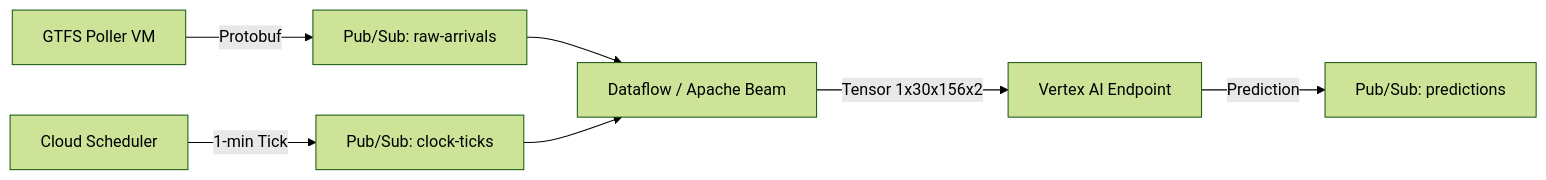
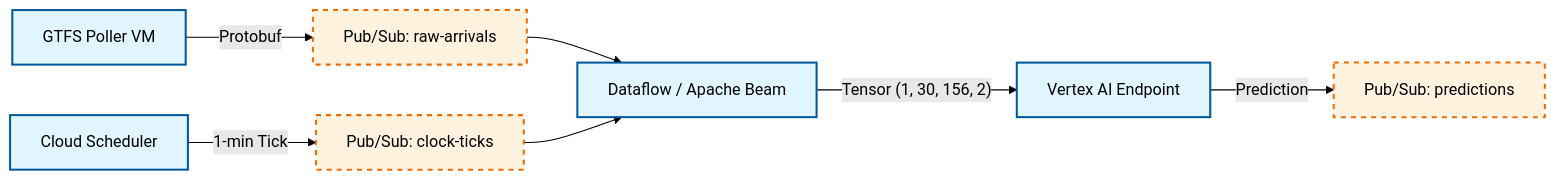
Before and after one commit to DanHerman212/headway-prediction: the diagram in docs/BEAM_PIPELINE_PLAN.md, drawn with Mermaid (forest theme).

Commit message:
updated graph

````diff
--- a/docs/BEAM_PIPELINE_PLAN.md
+++ b/docs/BEAM_PIPELINE_PLAN.md
@@ -8,9 +8,21 @@
 ```mermaid
 graph LR
+    %% 1. Define your styles (Classes)
+    %% "compute" = Blue fill, solid blue border
+    classDef compute fill:#e1f5fe,stroke:#01579b,stroke-width:2px,color:#000;
+    
+    %% "queue" = Orange fill, dashed orange border (visual cue for data buffers)
+    classDef queue fill:#fff3e0,stroke:#ef6c00,stroke-width:2px,stroke-dasharray: 5 5,color:#000;
+
+    %% 2. Define the Graph
     A["GTFS Poller VM"] -->|Protobuf| B["Pub/Sub: raw-arrivals"]
-    C["Cloud Scheduler"] -->|"1-min Tick"| D["Pub/Sub: clock-ticks"]
+    C["Cloud Scheduler"] -->|1-min Tick| D["Pub/Sub: clock-ticks"]
     B --> E["Dataflow / Apache Beam"]
     D --> E
-    E -->|"Tensor 1x30x156x2"| F["Vertex AI Endpoint"]
+    E -->|"Tensor (1, 30, 156, 2)"| F["Vertex AI Endpoint"]
     F -->|Prediction| G["Pub/Sub: predictions"]
+
+    %% 3. Apply styles to specific nodes
+    class A,C,E,F compute;
+    class B,D,G queue;
 ```
````
